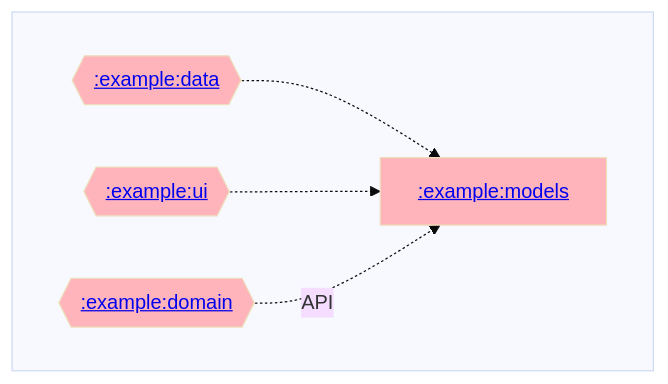
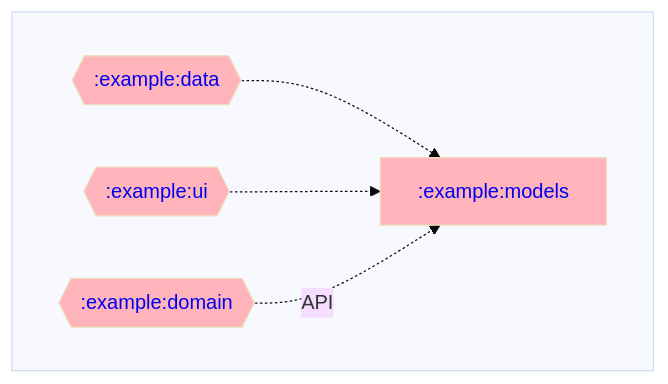
The diagram in example/models/dependencyGraph.md (adityabhaskar/Gradle-dependency-graphs), drawn with Mermaid before and after one commit. The commit also changed 4 other files, not shown here.

Commit message:
Updated dependency graphs

````diff
--- a/example/models/dependencyGraph.md
+++ b/example/models/dependencyGraph.md
@@ -1,26 +1,26 @@
 ```mermaid
 %%{ init: { 'theme': 'base' } }%%
 graph LR;
 
 %% Styling for module nodes by type
 classDef rootNode stroke-width:4px;
-classDef mppNode fill:#ffd2b3;
-classDef andNode fill:#baffc9;
-classDef javaNode fill:#ffb3ba;
+classDef mppNode fill:#ffd2b3,color:#333333;
+classDef andNode fill:#baffc9,color:#333333;
+classDef javaNode fill:#ffb3ba,color:#333333;
 
 %% Modules
 subgraph  
   direction LR;
-  :example:data{{<a href='https://github.com/adityabhaskar/Gradle-dependency-graphs/blob/main/example/data/dependencyGraph.md' style='color:#333;text-decoration:auto;'>:example:data</a>}}:::javaNode;
-  :example:domain{{<a href='https://github.com/adityabhaskar/Gradle-dependency-graphs/blob/main/example/domain/dependencyGraph.md' style='color:#333;text-decoration:auto;'>:example:domain</a>}}:::javaNode;
-  :example:models[<a href='https://github.com/adityabhaskar/Gradle-dependency-graphs/blob/main/example/models/dependencyGraph.md' style='color:#333;text-decoration:auto;'>:example:models</a>]:::javaNode;
-  :example:ui{{<a href='https://github.com/adityabhaskar/Gradle-dependency-graphs/blob/main/example/ui/dependencyGraph.md' style='color:#333;text-decoration:auto;'>:example:ui</a>}}:::javaNode;
+  :example:data{{<a href='https://github.com/adityabhaskar/Gradle-dependency-graphs/blob/main/example/data/dependencyGraph.md' style='text-decoration:auto'>:example:data</a>}}:::javaNode;
+  :example:domain{{<a href='https://github.com/adityabhaskar/Gradle-dependency-graphs/blob/main/example/domain/dependencyGraph.md' style='text-decoration:auto'>:example:domain</a>}}:::javaNode;
+  :example:models[<a href='https://github.com/adityabhaskar/Gradle-dependency-graphs/blob/main/example/models/dependencyGraph.md' style='text-decoration:auto'>:example:models</a>]:::javaNode;
+  :example:ui{{<a href='https://github.com/adityabhaskar/Gradle-dependency-graphs/blob/main/example/ui/dependencyGraph.md' style='text-decoration:auto'>:example:ui</a>}}:::javaNode;
 end
 
 %% Dependencies
 
 %% Dependents
 :example:data-.->:example:models
 :example:ui-.->:example:models
 :example:domain-.API.->:example:models
 ```
````
